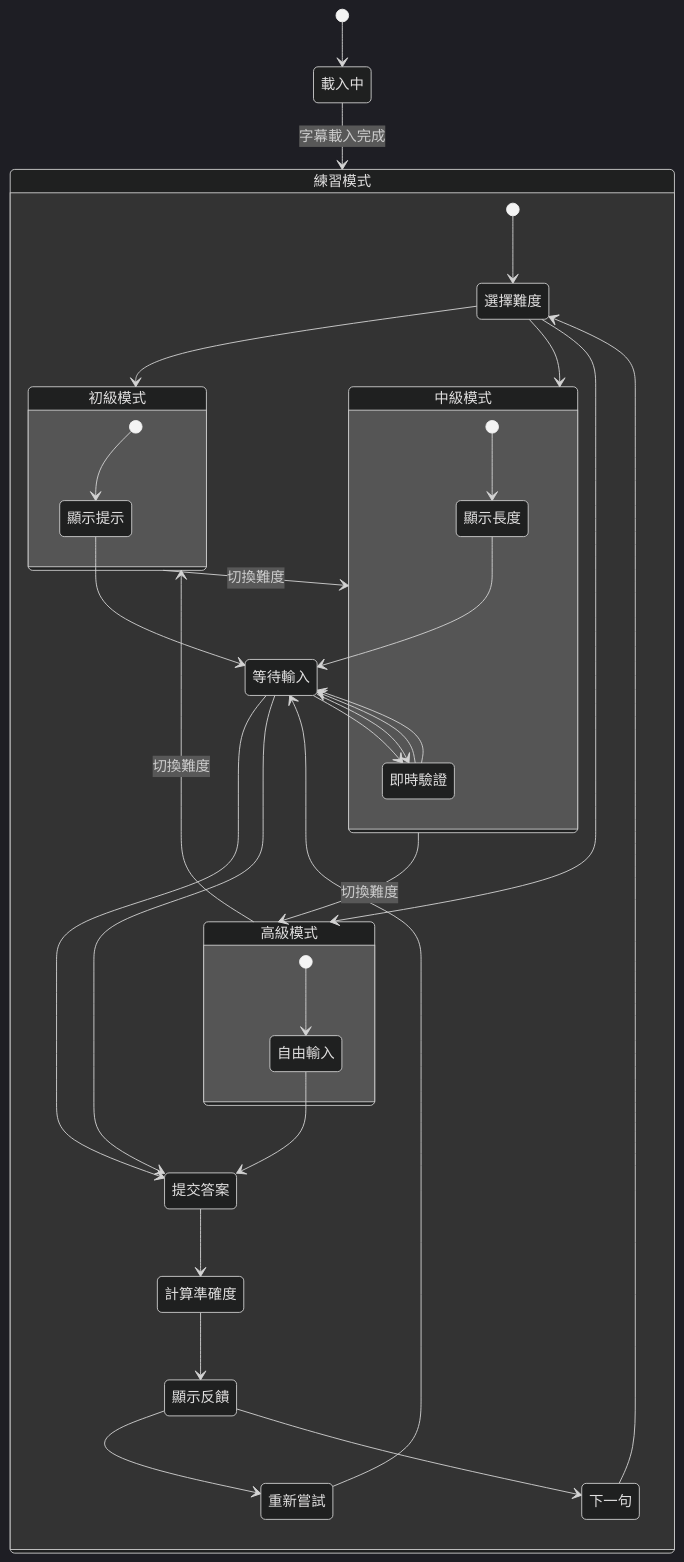
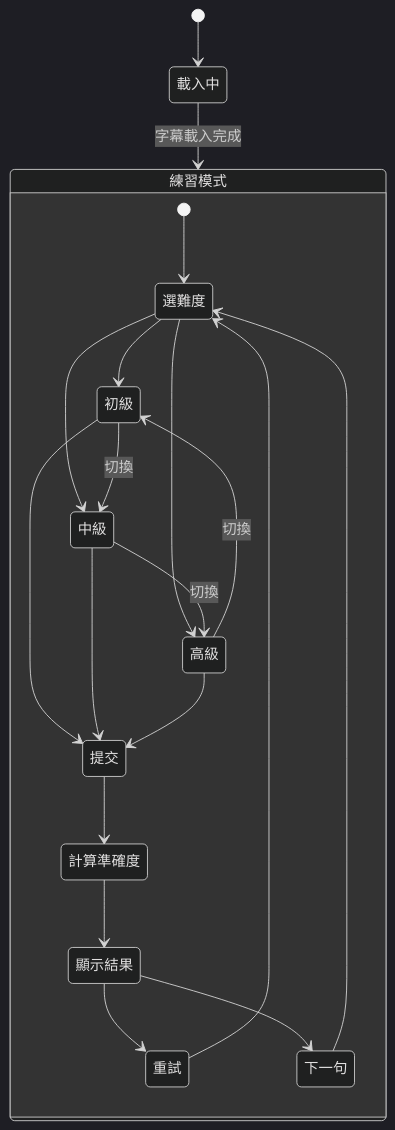
Before and after one commit to crazycjh/language-learning-transcribe: the third of 7 diagrams in docs/DICTATION_SYSTEM_ARCHITECTURE.md, drawn with Mermaid (dark theme). The commit also changed other lines of this file and 7 other files, not shown here.

````diff
--- a/docs/DICTATION_SYSTEM_ARCHITECTURE.md
+++ b/docs/DICTATION_SYSTEM_ARCHITECTURE.md
@@ -209,44 +75,27 @@
 ```mermaid
 stateDiagram-v2
     [*] --> 載入中
     載入中 --> 練習模式 : 字幕載入完成
     
     state 練習模式 {
-        [*] --> 選擇難度
-        選擇難度 --> 初級模式
-        選擇難度 --> 中級模式
-        選擇難度 --> 高級模式
+        [*] --> 選難度
+        選難度 --> 初級
+        選難度 --> 中級
+        選難度 --> 高級
         
-        state 初級模式 {
-            [*] --> 顯示提示
-            顯示提示 --> 等待輸入
-            等待輸入 --> 即時驗證
-            即時驗證 --> 等待輸入
-            等待輸入 --> 提交答案
-        }
+        初級 --> 中級 : 切換
+        中級 --> 高級 : 切換
+        高級 --> 初級 : 切換
         
-        state 中級模式 {
-            [*] --> 顯示長度
-            顯示長度 --> 等待輸入
-            等待輸入 --> 即時驗證
-            即時驗證 --> 等待輸入
-            等待輸入 --> 提交答案
-        }
+        初級 --> 提交
+        中級 --> 提交
+        高級 --> 提交
         
-        state 高級模式 {
-            [*] --> 自由輸入
-            自由輸入 --> 提交答案
-        }
-        
-        提交答案 --> 計算準確度
-        計算準確度 --> 顯示反饋
-        顯示反饋 --> 重新嘗試
-        顯示反饋 --> 下一句
-        重新嘗試 --> 等待輸入
-        下一句 --> 選擇難度
-        
-        初級模式 --> 中級模式 : 切換難度
-        中級模式 --> 高級模式 : 切換難度
-        高級模式 --> 初級模式 : 切換難度
+        提交 --> 計算準確度
+        計算準確度 --> 顯示結果
+        顯示結果 --> 重試
+        顯示結果 --> 下一句
+        重試 --> 選難度
+        下一句 --> 選難度
     }
 ```
````
